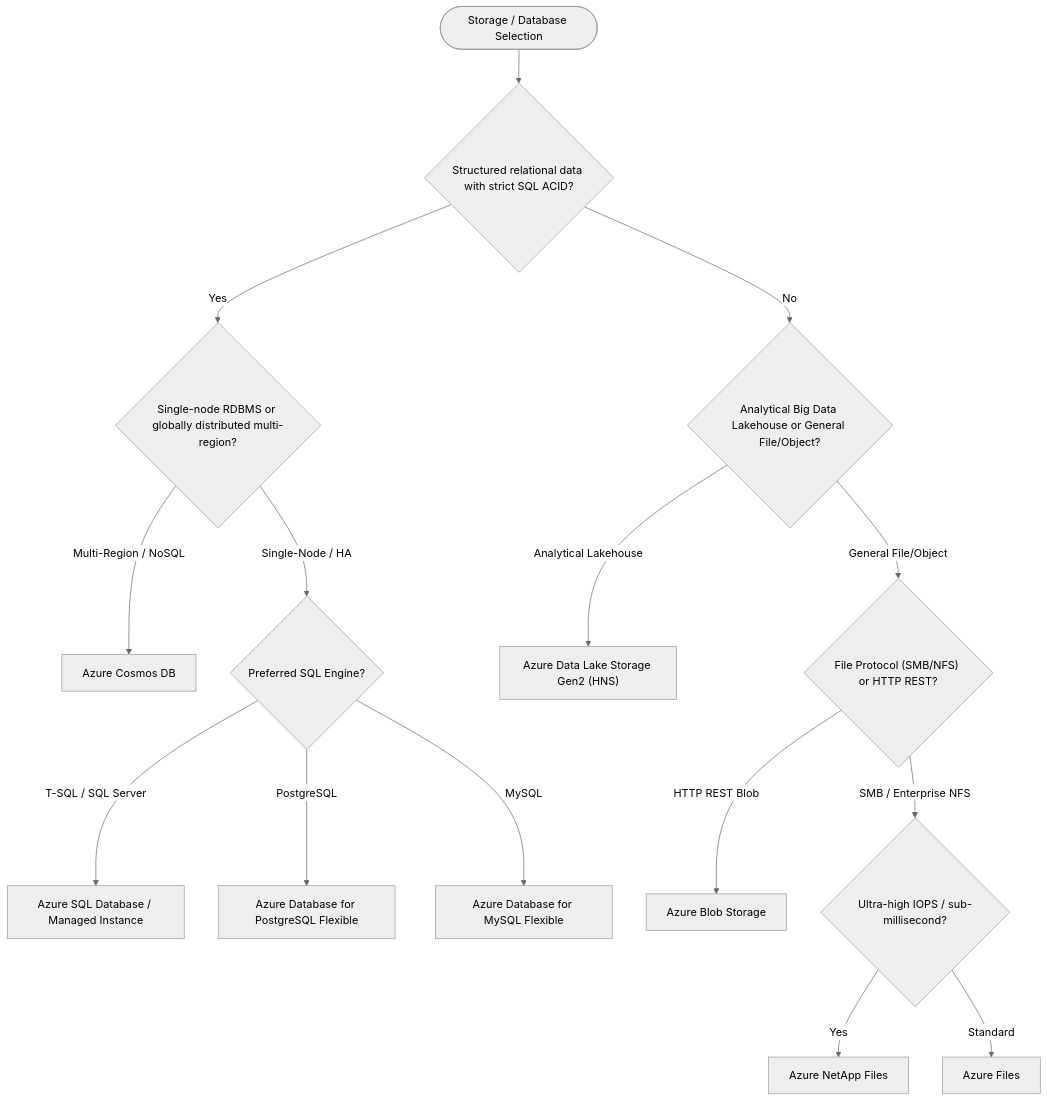
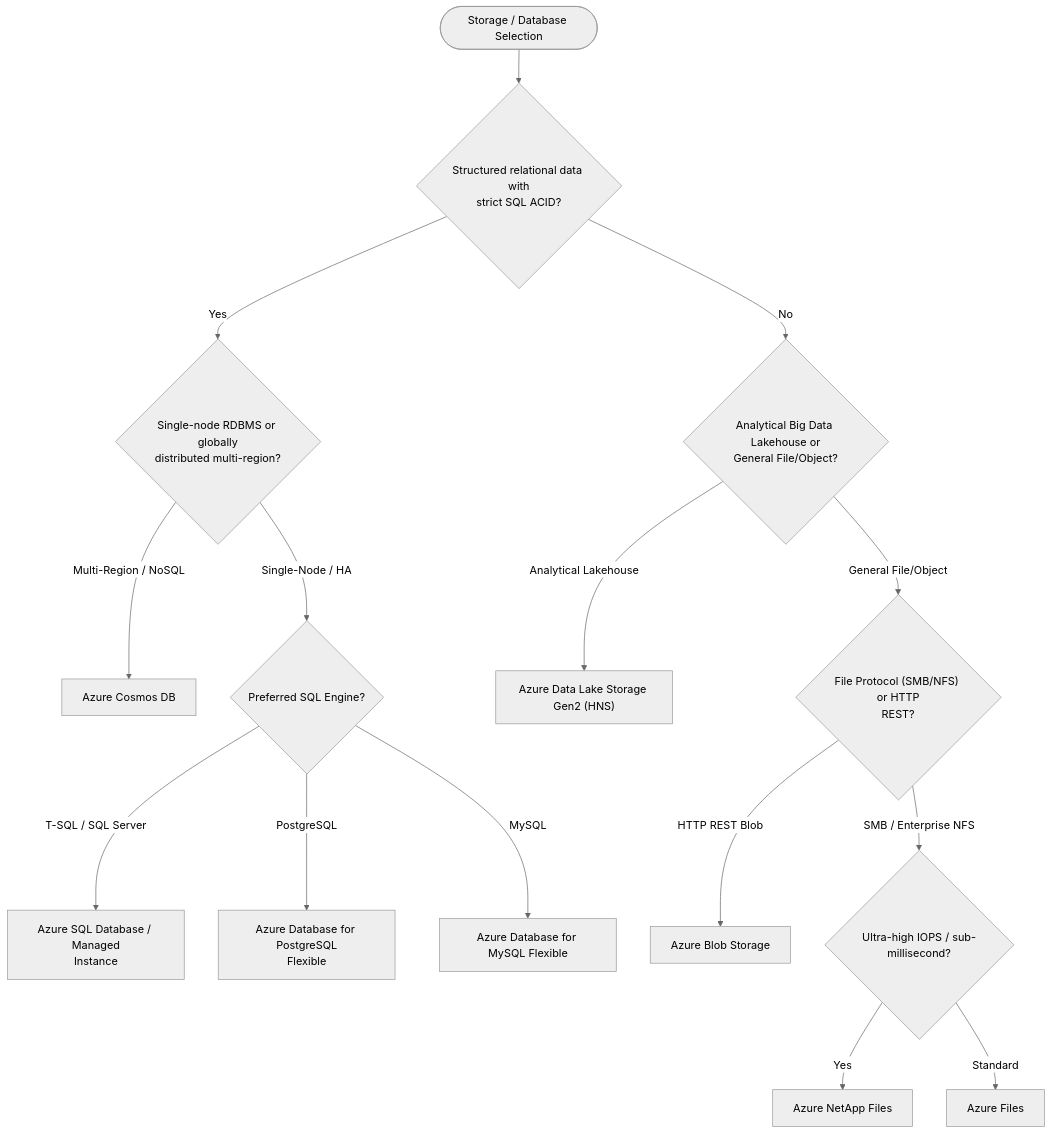
Before and after one commit to santoshjammi29/azure-cheat-sheet: the second of 2 diagrams in cheatsheets/decision-matrices.md, drawn with Mermaid (neutral theme). The commit also changed other lines of this file and 15 other files, not shown here.

Commit message:
fix(diagrams): word-wrap labels and escape comparison operators across all diagrams

````diff
--- a/cheatsheets/decision-matrices.md
+++ b/cheatsheets/decision-matrices.md
@@ -51,19 +51,19 @@
 ```mermaid
 flowchart TD
-    StartData([Storage / Database Selection]) --> Q_Structured{"Structured relational data with strict SQL ACID?"}
+    StartData([Storage / Database Selection]) --> Q_Structured{"Structured relational data with<br/>strict SQL ACID?"}
 
-    Q_Structured -- Yes --> Q_Scale{"Single-node RDBMS or globally distributed multi-region?"}
+    Q_Structured -- Yes --> Q_Scale{"Single-node RDBMS or globally<br/>distributed multi-region?"}
     Q_Scale -- Multi-Region / NoSQL --> Cosmos["Azure Cosmos DB"]
     Q_Scale -- Single-Node / HA --> Q_Engine{"Preferred SQL Engine?"}
-    Q_Engine -- T-SQL / SQL Server --> AzureSQL["Azure SQL Database / Managed Instance"]
-    Q_Engine -- PostgreSQL --> PgFlex["Azure Database for PostgreSQL Flexible"]
+    Q_Engine -- T-SQL / SQL Server --> AzureSQL["Azure SQL Database / Managed<br/>Instance"]
+    Q_Engine -- PostgreSQL --> PgFlex["Azure Database for PostgreSQL<br/>Flexible"]
     Q_Engine -- MySQL --> MyFlex["Azure Database for MySQL Flexible"]
 
-    Q_Structured -- No --> Q_DataLake{"Analytical Big Data Lakehouse or General File/Object?"}
+    Q_Structured -- No --> Q_DataLake{"Analytical Big Data Lakehouse or<br/>General File/Object?"}
     Q_DataLake -- Analytical Lakehouse --> ADLS["Azure Data Lake Storage Gen2 (HNS)"]
-    Q_DataLake -- General File/Object --> Q_Protocol{"File Protocol (SMB/NFS) or HTTP REST?"}
+    Q_DataLake -- General File/Object --> Q_Protocol{"File Protocol (SMB/NFS) or HTTP<br/>REST?"}
     Q_Protocol -- HTTP REST Blob --> Blob["Azure Blob Storage"]
     Q_Protocol -- SMB / Enterprise NFS --> Q_IOPS{"Ultra-high IOPS / sub-millisecond?"}
     Q_IOPS -- Yes --> ANF["Azure NetApp Files"]
     Q_IOPS -- Standard --> AzureFiles["Azure Files"]
 ```
````
